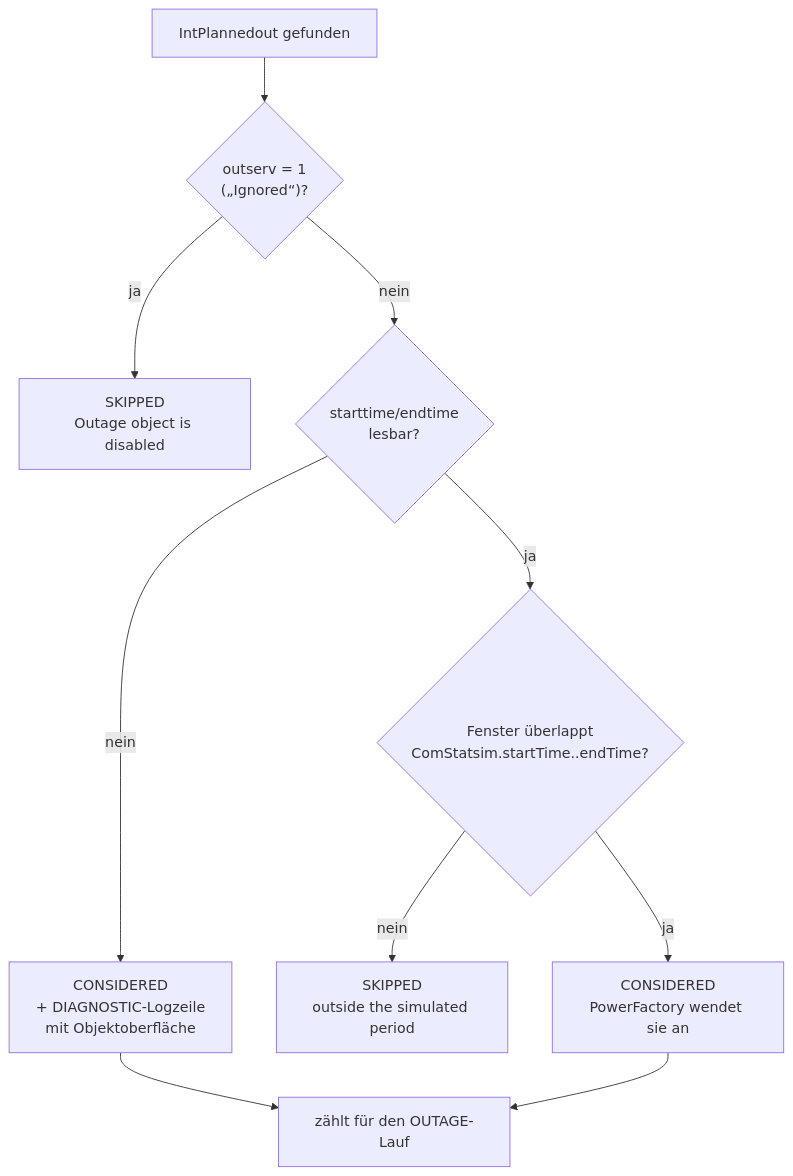
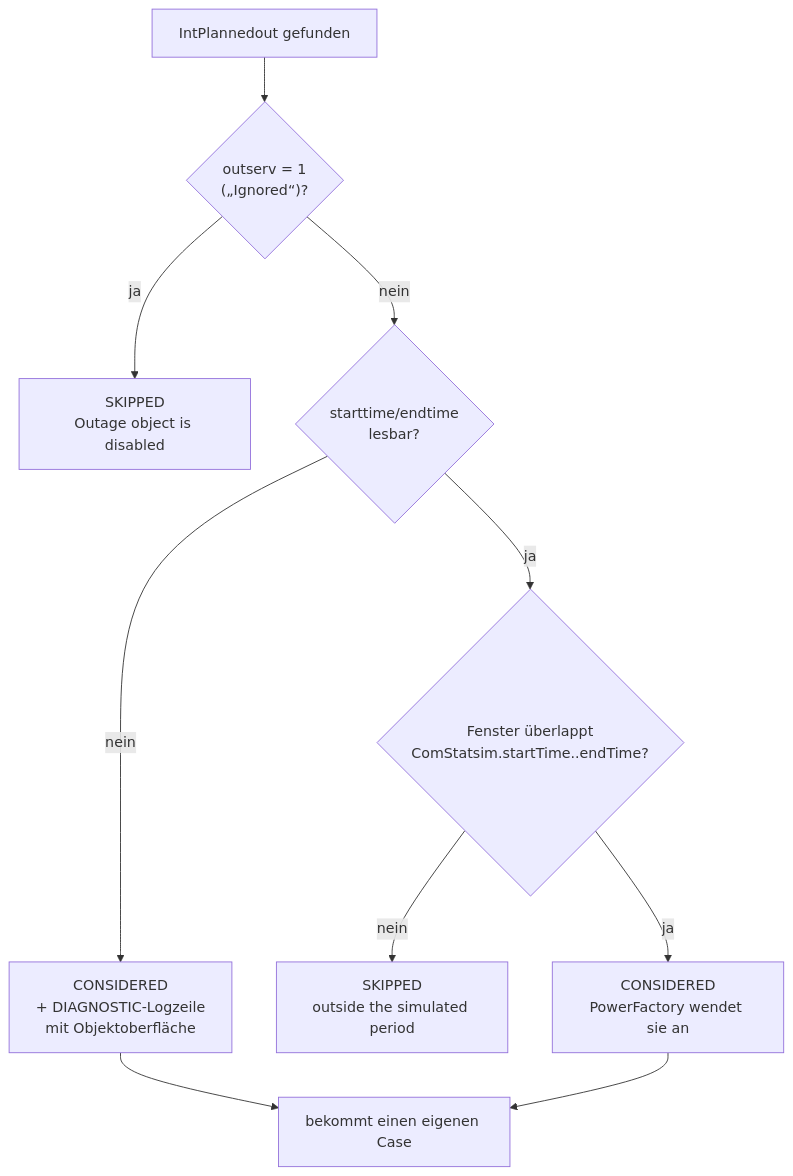
One commit to hadiibrahim-Engin/gridlens-powerfactory changed the fourth of 7 diagrams in BIG_PICTURE.md. Above: the diagram before and after it, drawn with Mermaid. The commit also changed other lines of this file and 3 other files, not shown here.

````diff
--- a/BIG_PICTURE.md
+++ b/BIG_PICTURE.md
@@ -144,12 +152,12 @@
 ```mermaid
 flowchart TD
     A["IntPlannedout gefunden"] --> B{"outserv = 1<br/>(„Ignored“)?"}
     B -- ja --> S1["SKIPPED<br/>Outage object is disabled"]
     B -- nein --> C{"starttime/endtime<br/>lesbar?"}
     C -- nein --> D["CONSIDERED<br/>+ DIAGNOSTIC-Logzeile<br/>mit Objektoberfläche"]
     C -- ja --> E{"Fenster überlappt<br/>ComStatsim.startTime..endTime?"}
     E -- nein --> S2["SKIPPED<br/>outside the simulated period"]
     E -- ja --> F["CONSIDERED<br/>PowerFactory wendet sie an"]
-    D --> G["zählt für den OUTAGE-Lauf"]
+    D --> G["bekommt einen eigenen Case"]
     F --> G
 ```
````
